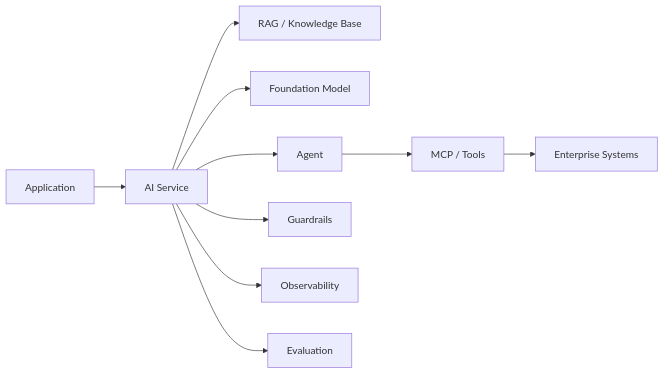
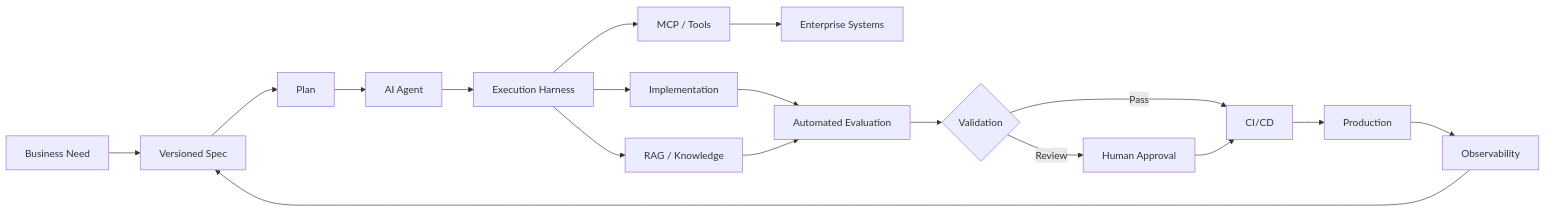
The fourth of 6 diagrams in README.md (luisfpl/luisfpl), drawn with Mermaid before and after one commit. The commit also changed other lines of this file, not shown here.

````diff
--- a/README.md
+++ b/README.md
@@ -594,14 +674,28 @@
 ```mermaid
 flowchart LR
-    APP[Application] --> API[AI Service]
-    API --> RET[RAG / Knowledge Base]
-    API --> MODEL[Foundation Model]
-    API --> AGENT[Agent]
+    BUSINESS[Business Need] --> SPEC[Versioned Spec]
+    SPEC --> PLAN[Plan]
+    PLAN --> AGENT[AI Agent]
 
-    AGENT --> MCP[MCP / Tools]
-    MCP --> SYS[Enterprise Systems]
+    AGENT --> HARNESS[Execution Harness]
 
-    API --> GR[Guardrails]
-    API --> OBS[Observability]
-    API --> EVAL[Evaluation]
+    HARNESS --> MCP[MCP / Tools]
+    HARNESS --> CODE[Implementation]
+    HARNESS --> KB[RAG / Knowledge]
+
+    MCP --> SYSTEMS[Enterprise Systems]
+
+    CODE --> EVAL[Automated Evaluation]
+    KB --> EVAL
+
+    EVAL --> GATE{Validation}
+
+    GATE -->|Pass| CICD[CI/CD]
+    GATE -->|Review| HUMAN[Human Approval]
+
+    HUMAN --> CICD
+    CICD --> PROD[Production]
+
+    PROD --> OBS[Observability]
+    OBS --> SPEC
 ```
````
